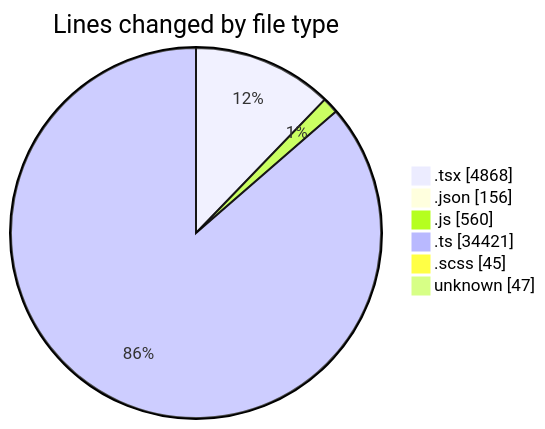
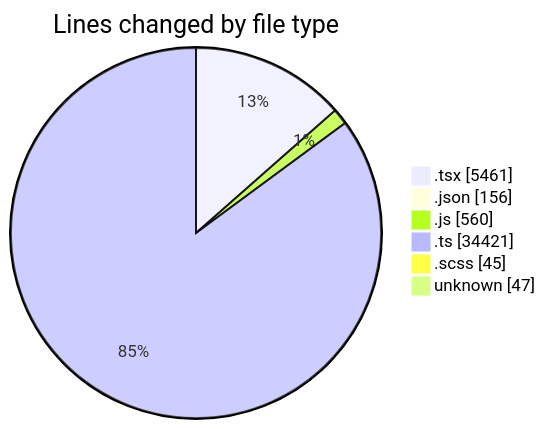
Before and after one commit to momahboobian/code-tracking: the first of 2 diagrams in 2025-11-10/cda/README.md, drawn with Mermaid. The commit also changed other lines of this file and 1 other file, not shown here.

````diff
--- a/2025-11-10/cda/README.md
+++ b/2025-11-10/cda/README.md
@@ -47,10 +47,10 @@
 ```mermaid
 pie showData
 title Lines changed by file type
-".tsx" : 4868
+".tsx" : 5461
 ".json" : 156
 ".js" : 560
 ".ts" : 34421
 ".scss" : 45
 "unknown" : 47
 ```
````
